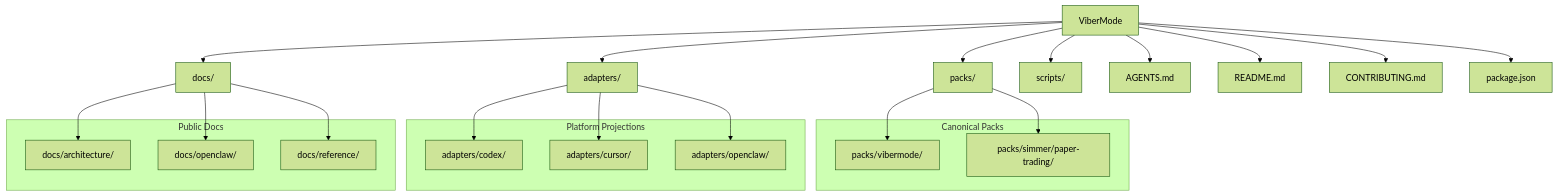
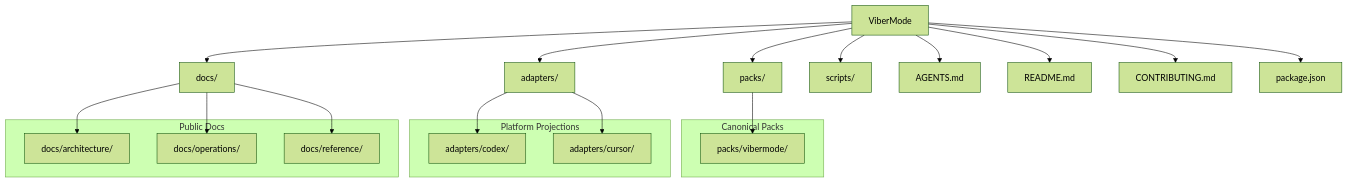
One commit to cankocakulak/ViberMode changed the first of 6 diagrams in docs/reference/repo-visual-map.md. Above: the diagram before and after it, drawn with Mermaid (forest theme). The commit also changed other lines of this file and 88 other files, not shown here.

````diff
--- a/docs/reference/repo-visual-map.md
+++ b/docs/reference/repo-visual-map.md
@@ -13,38 +13,34 @@
 ```mermaid
 flowchart TB
     root["ViberMode"]
 
     root --> packs["packs/"]
     root --> adapters["adapters/"]
     root --> docs["docs/"]
     root --> scripts["scripts/"]
     root --> agents["AGENTS.md"]
     root --> readme["README.md"]
     root --> contributing["CONTRIBUTING.md"]
     root --> pkg["package.json"]
 
     subgraph packs_detail["Canonical Packs"]
         vibermode["packs/vibermode/"]
-        simmer["packs/simmer/paper-trading/"]
     end
     packs --> vibermode
-    packs --> simmer
 
     subgraph adapters_detail["Platform Projections"]
         codex["adapters/codex/"]
         cursor["adapters/cursor/"]
-        openclaw["adapters/openclaw/"]
     end
     adapters --> codex
     adapters --> cursor
-    adapters --> openclaw
 
     subgraph docs_detail["Public Docs"]
         arch["docs/architecture/"]
-        openclaw_docs["docs/openclaw/"]
+        ops["docs/operations/"]
         ref["docs/reference/"]
     end
     docs --> arch
-    docs --> openclaw_docs
+    docs --> ops
     docs --> ref
 ```
````
